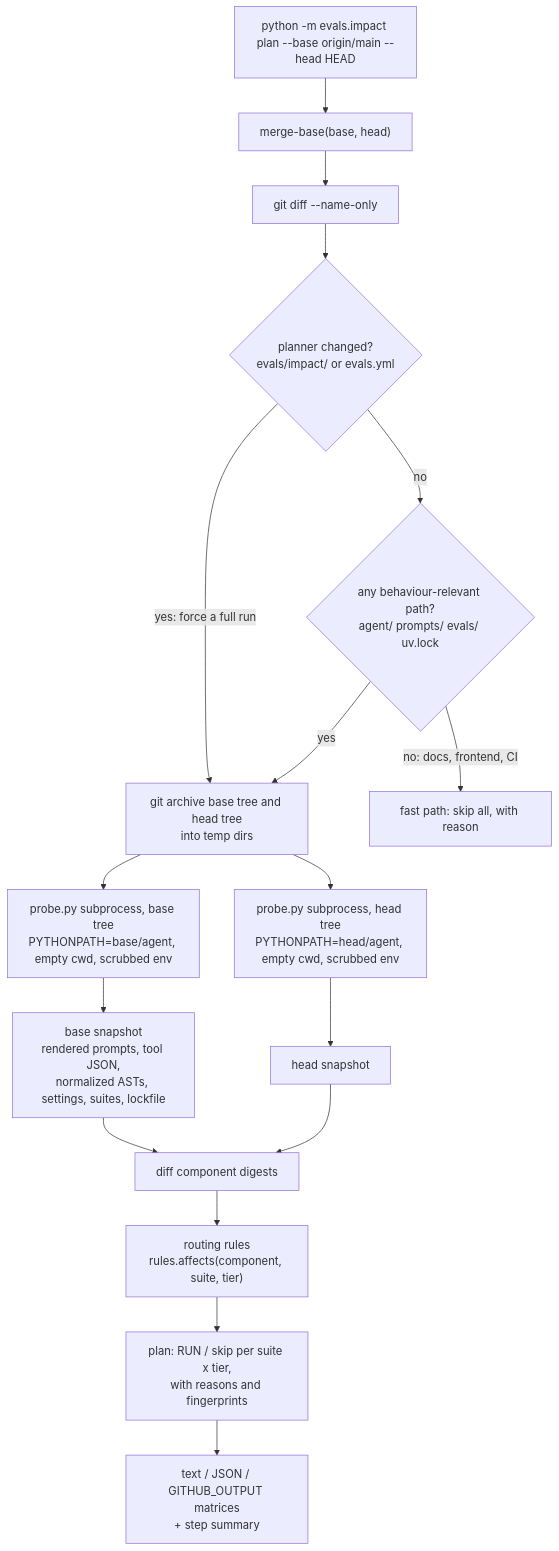
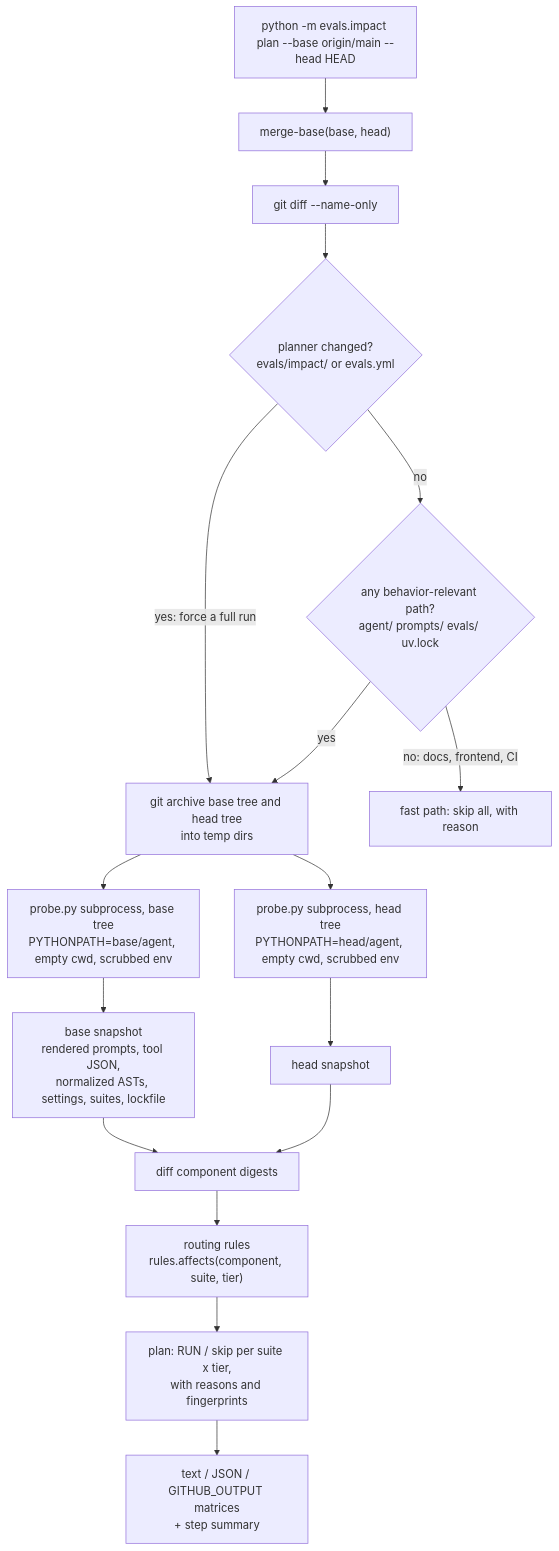
Before and after one commit to andreasbloomquist/gpt-live-demo: the fourth of 5 diagrams in docs/evals.md, drawn with Mermaid. The commit also changed other lines of this file and 18 other files, not shown here.

````diff
--- a/docs/evals.md
+++ b/docs/evals.md
@@ -414,19 +414,19 @@
 ```mermaid
 flowchart TB
     A["python -m evals.impact plan --base origin/main --head HEAD"] --> MB["merge-base(base, head)"]
     MB --> CF["git diff --name-only"]
     CF --> PC{"planner changed?<br/>evals/impact/ or evals.yml"}
     PC -- "yes: force a full run" --> EX
-    PC -- "no" --> FP{"any behaviour-relevant path?<br/>agent/ prompts/ evals/ uv.lock"}
+    PC -- "no" --> FP{"any behavior-relevant path?<br/>agent/ prompts/ evals/ uv.lock"}
     FP -- "no: docs, frontend, CI" --> FAST["fast path: skip all, with reason"]
     FP -- "yes" --> EX["git archive base tree and head tree<br/>into temp dirs"]
     EX --> PB["probe.py subprocess, base tree<br/>PYTHONPATH=base/agent, empty cwd, scrubbed env"]
     EX --> PH["probe.py subprocess, head tree<br/>PYTHONPATH=head/agent, empty cwd, scrubbed env"]
     PB --> SB["base snapshot<br/>rendered prompts, tool JSON,<br/>normalized ASTs, settings, suites, lockfile"]
     PH --> SH["head snapshot"]
     SB --> DIFF["diff component digests"]
     SH --> DIFF
     DIFF --> RULES["routing rules<br/>rules.affects(component, suite, tier)"]
     RULES --> PLAN["plan: RUN / skip per suite x tier,<br/>with reasons and fingerprints"]
     PLAN --> OUT["text / JSON / GITHUB_OUTPUT matrices<br/>+ step summary"]
 ```
````
